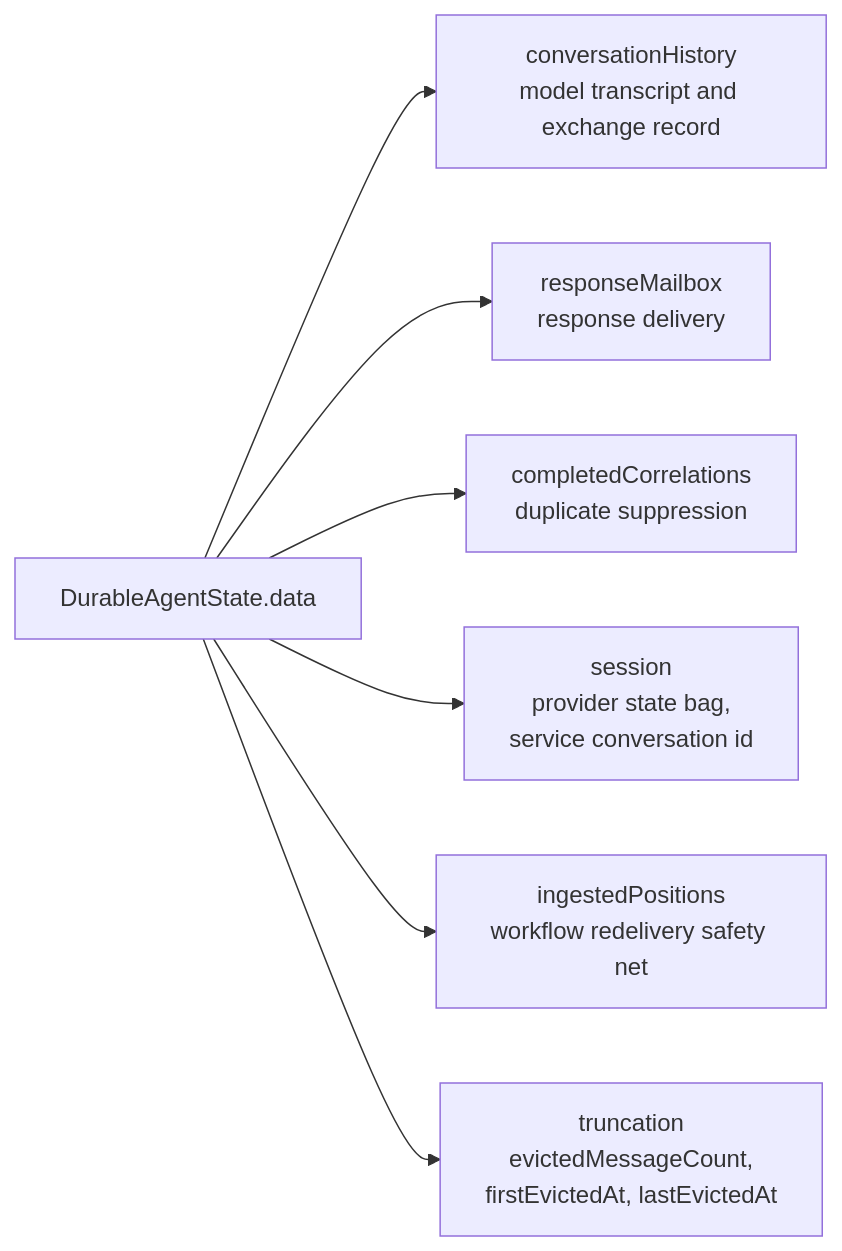
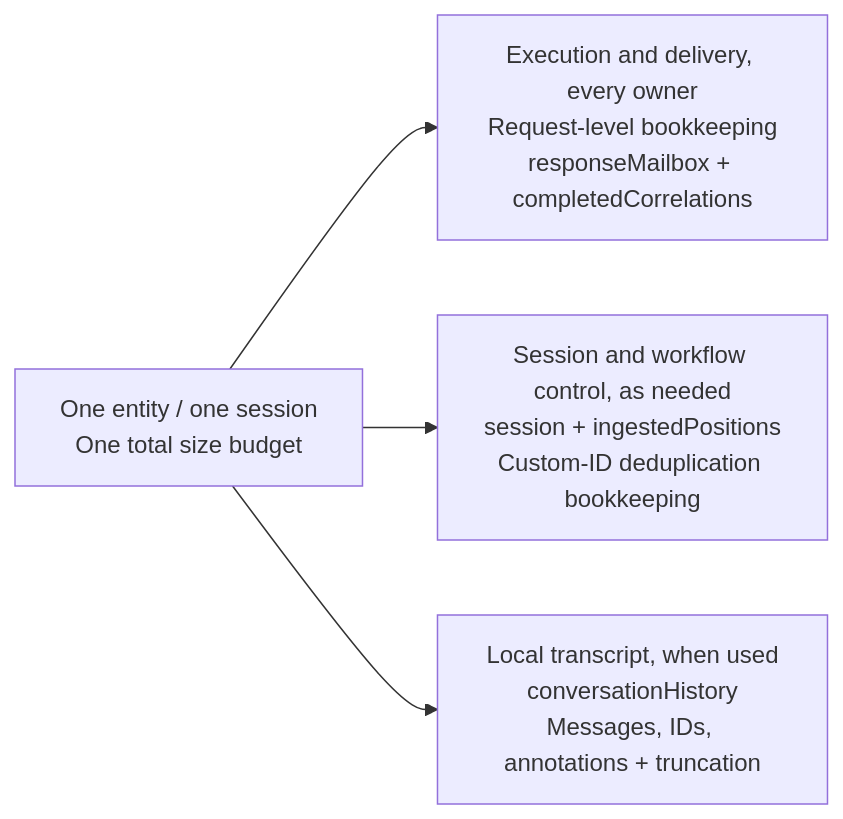
Before and after one commit to microsoft/agent-framework-durable-extension: the third of 6 diagrams in docs/decisions/0032-durable-thread-compaction.md, drawn with Mermaid. The commit also changed other lines of this file, not shown here.

First line of the commit message:
docs: clarify provider-independent execution state

````diff
--- a/docs/decisions/0032-durable-thread-compaction.md
+++ b/docs/decisions/0032-durable-thread-compaction.md
@@ -303,10 +310,7 @@
 ```mermaid
 flowchart LR
-    D["DurableAgentState.data"]
-    D --> CH["conversationHistory<br/>model transcript and exchange record"]
-    D --> MB["responseMailbox<br/>response delivery"]
-    D --> CC["completedCorrelations<br/>duplicate suppression"]
-    D --> SE["session<br/>provider state bag,<br/>service conversation id"]
-    D --> IP["ingestedPositions<br/>workflow redelivery safety net"]
-    D --> TR["truncation<br/>evictedMessageCount,<br/>firstEvictedAt, lastEvictedAt"]
+  ENTITY["One entity / one session<br/>One total size budget"]
+  ENTITY --> EXEC["Execution and delivery, every owner<br/>Request-level bookkeeping<br/>responseMailbox + completedCorrelations"]
+  ENTITY --> CONTROL["Session and workflow control, as needed<br/>session + ingestedPositions<br/>Custom-ID deduplication bookkeeping"]
+  ENTITY --> HISTORY["Local transcript, when used<br/>conversationHistory<br/>Messages, IDs, annotations + truncation"]
 ```
````
